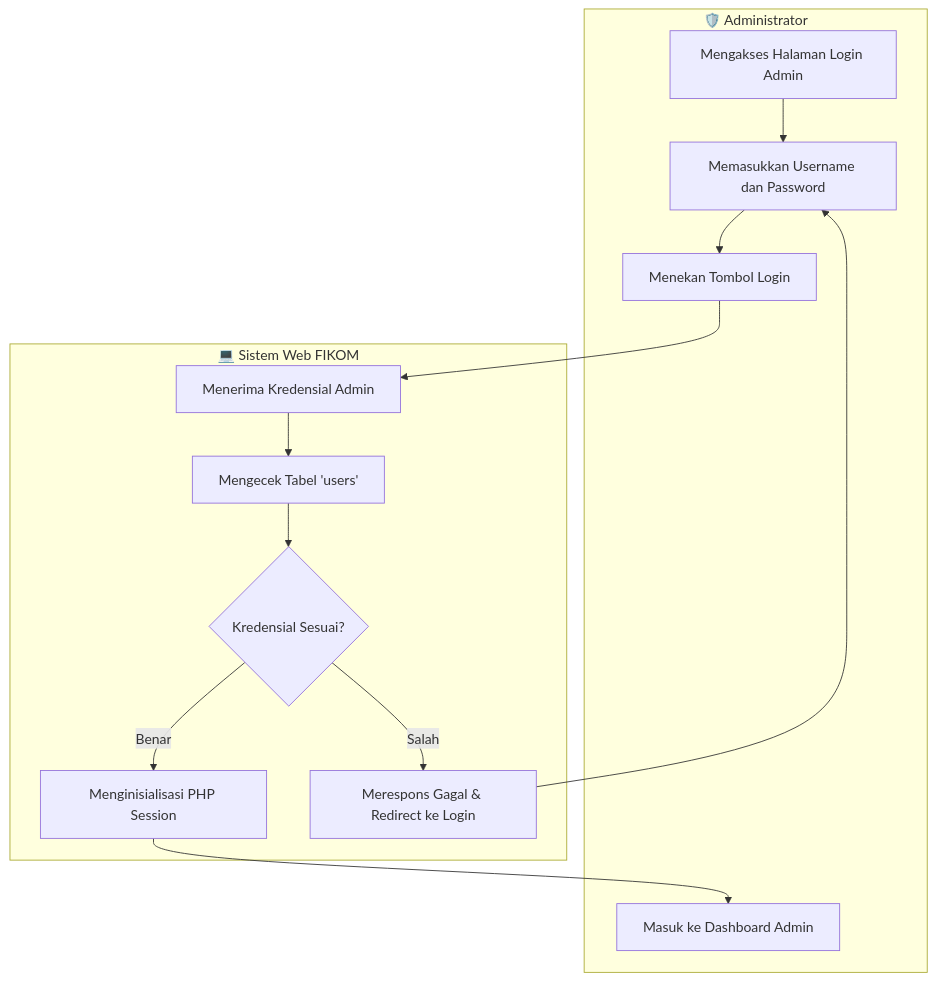
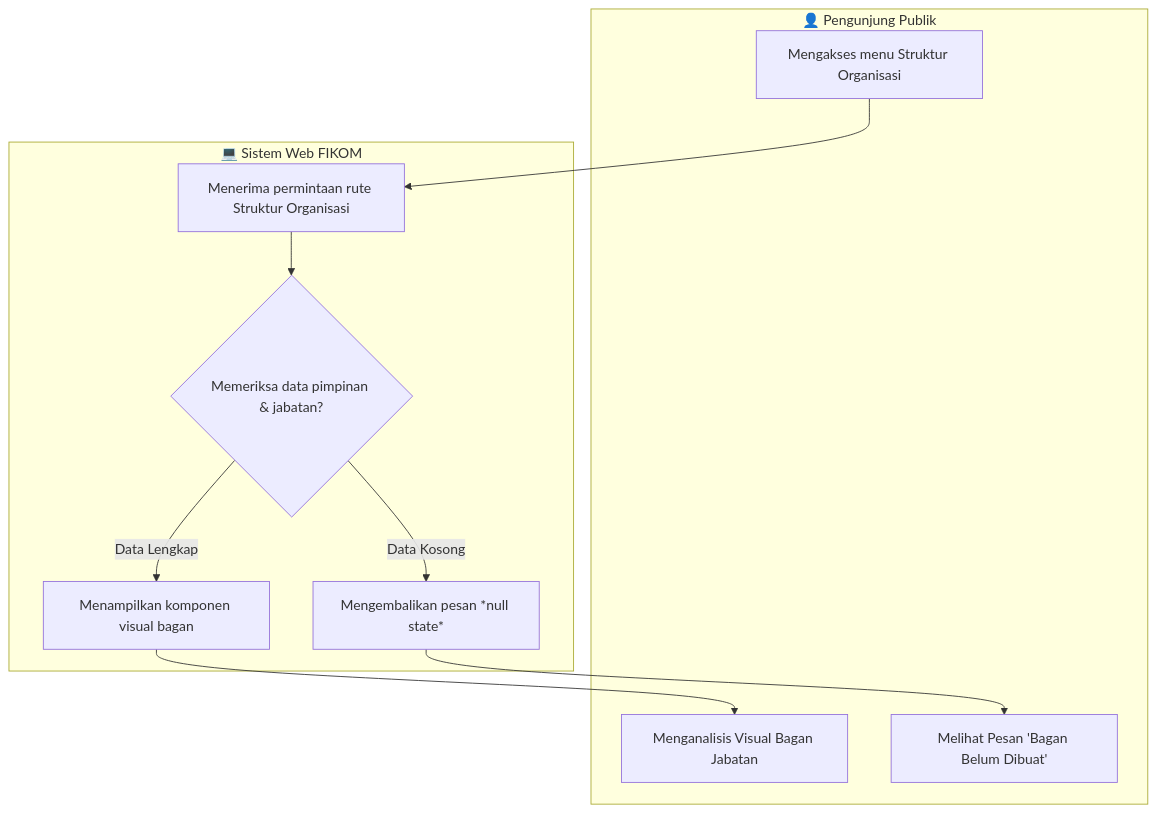
The second of 4 diagrams in docs/dokumen_1_activity_diagram.md (arbain-dev/Web_fikom), drawn with Mermaid before and after one commit. The commit also changed other lines of this file, not shown here.

Commit message:
docs: revisi Dokumen 1 dengan urutan visi misi, struktur, fakta, profil

````diff
--- a/docs/dokumen_1_activity_diagram.md
+++ b/docs/dokumen_1_activity_diagram.md
@@ -53,27 +49,22 @@
 ```mermaid
 flowchart TD
-    subgraph Administrator[🛡️ Administrator]
-        A[Mengakses Halaman Login Admin]
-        B[Memasukkan Username dan Password]
-        C[Menekan Tombol Login]
-        I[Masuk ke Dashboard Admin]
+    subgraph Pengunjung[👤 Pengunjung Publik]
+        A[Mengakses menu Struktur Organisasi]
+        E[Menganalisis Visual Bagan Jabatan]
+        F[Melihat Pesan 'Bagan Belum Dibuat']
     end
     
     subgraph Sistem[💻 Sistem Web FIKOM]
-        D[Menerima Kredensial Admin]
-        E{Kredensial Sesuai?}
-        F[Mengecek Tabel 'users']
-        G[Menginisialisasi PHP Session]
-        H[Merespons Gagal & Redirect ke Login]
+        B[Menerima permintaan rute Struktur Organisasi]
+        C{Memeriksa data pimpinan & jabatan?}
+        D[Menampilkan komponen visual bagan]
+        G[Mengembalikan pesan *null state*]
     end
 
     A --> B
     B --> C
-    C --> D
-    D --> F
-    F --> E
-    E -- Benar --> G
-    G --> I
-    E -- Salah --> H
-    H --> B
+    C -- Data Lengkap --> D
+    D --> E
+    C -- Data Kosong --> G
+    G --> F
 ```
````
